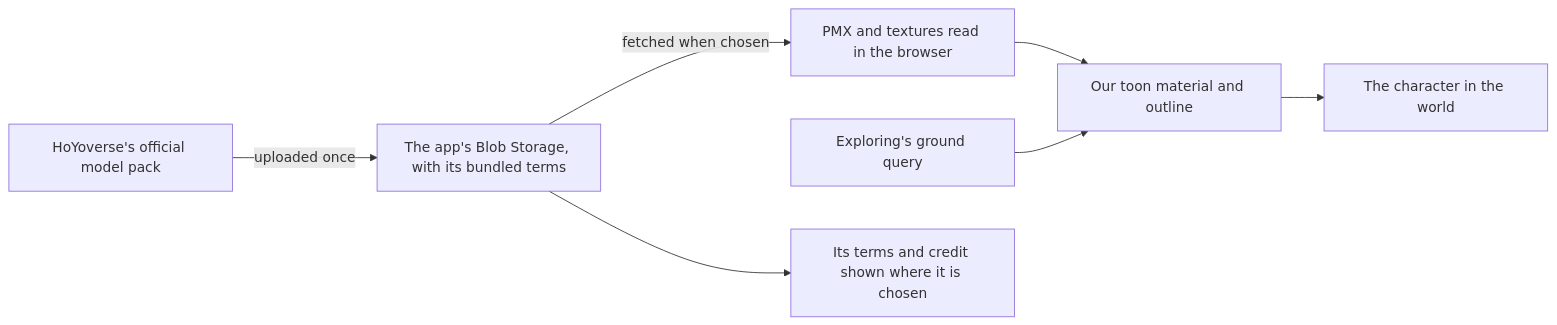
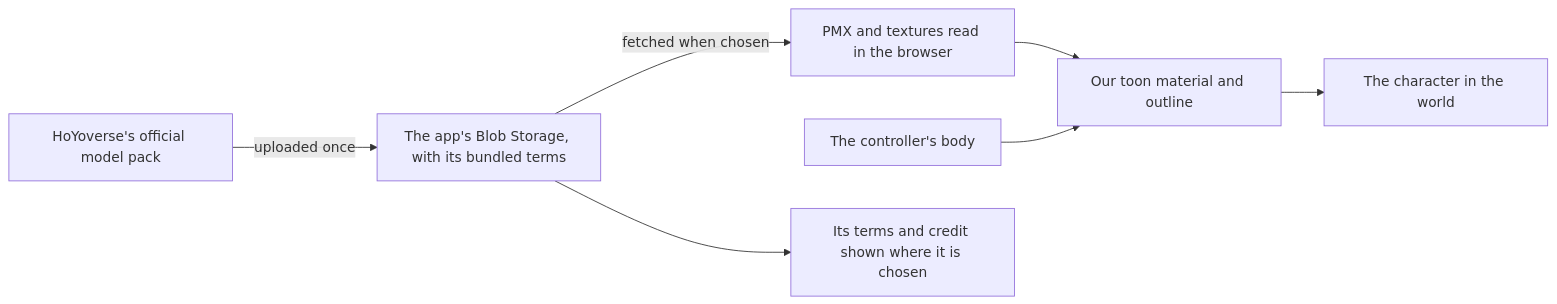
The diagram in apps/web/content/docs/proposals/genshin/characters.md (Esposter/Esposter), drawn with Mermaid before and after one commit. The commit also changed other lines of this file and 8 other files, not shown here.

````diff
--- a/apps/web/content/docs/proposals/genshin/characters.md
+++ b/apps/web/content/docs/proposals/genshin/characters.md
@@ -21,9 +21,9 @@
 ```mermaid
 flowchart LR
   OFF[HoYoverse's official model pack] -->|uploaded once| BLOB[The app's Blob Storage, with its bundled terms]
   BLOB -->|fetched when chosen| READ[PMX and textures read in the browser]
   READ --> DRAW[Our toon material and outline]
-  GQ[Exploring's ground query] --> DRAW
+  BODY[The controller's body] --> DRAW
   DRAW --> WORLD[The character in the world]
   BLOB --> TERMS[Its terms and credit shown where it is chosen]
 ```
````
